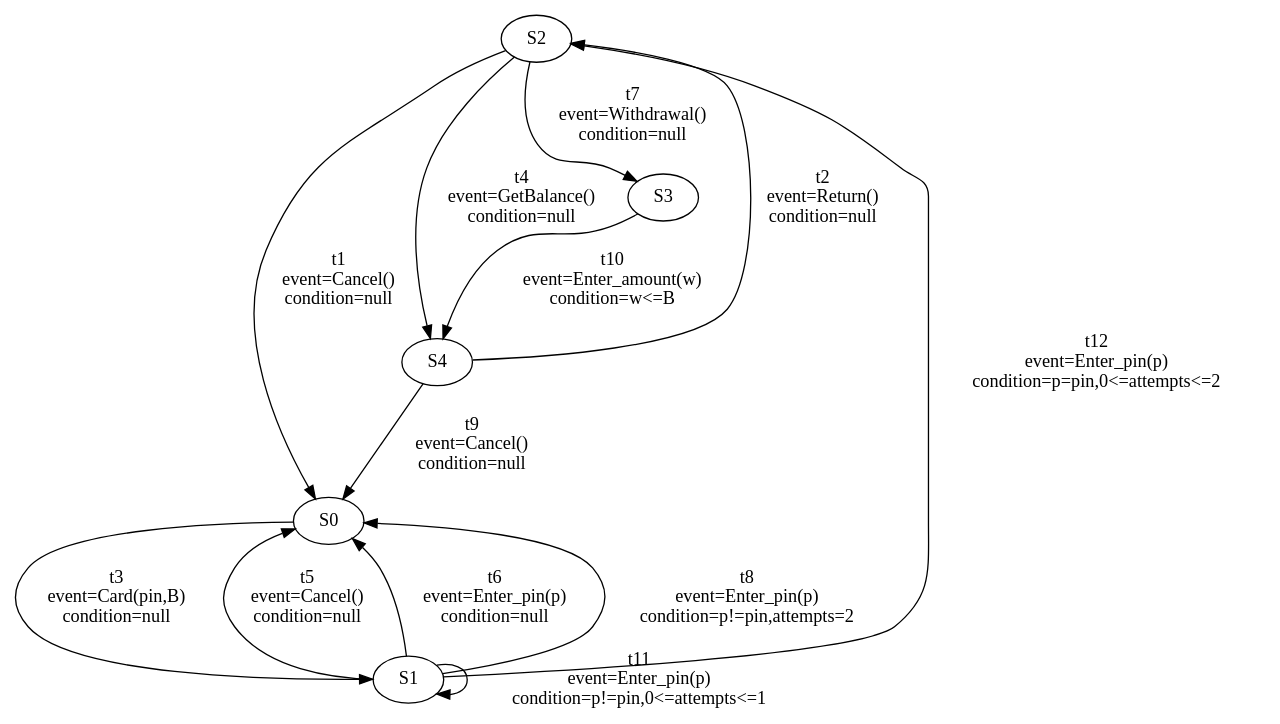
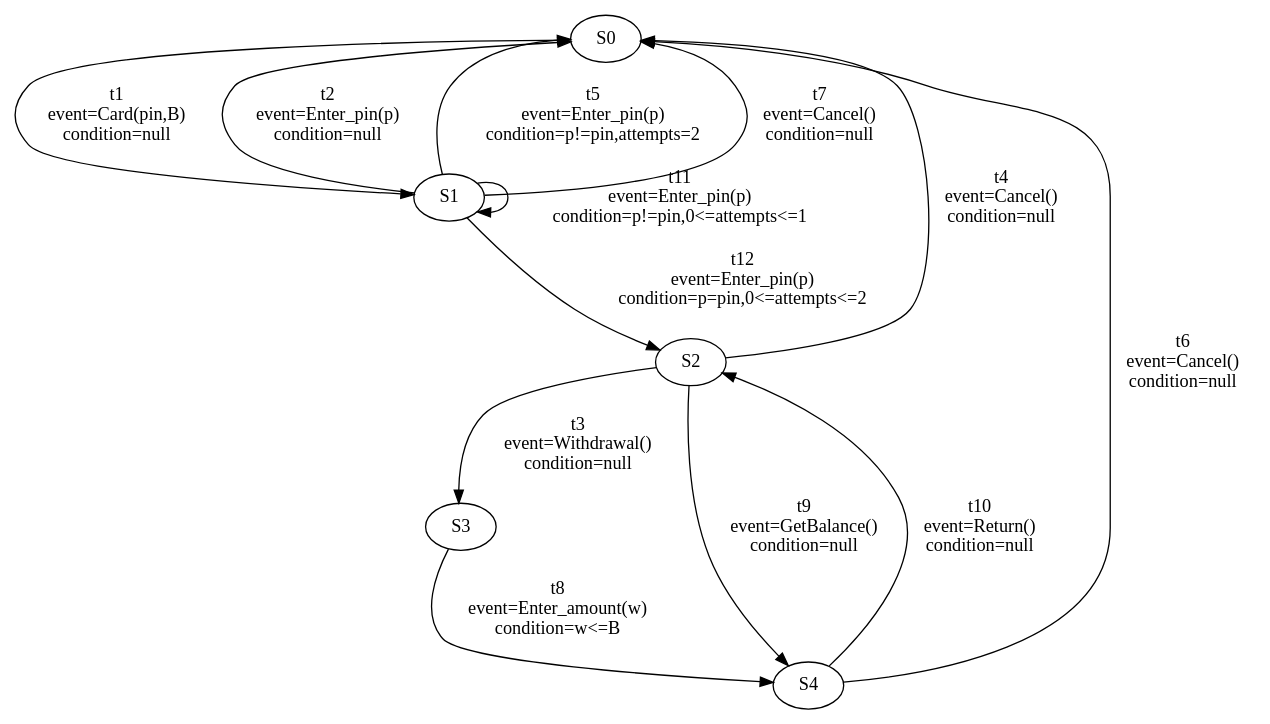
One commit to Catxiaobai/project changed the diagram in file/result1.dot. Above: the diagram before and after it, drawn with Graphviz. The commit also changed 47 other files, not shown here.

```diff
--- a/file/result1.dot
+++ b/file/result1.dot
@@ -1,38 +1,38 @@
 digraph g {
- S2 -> S0 [ label="t1
+ S0 -> S1 [ label="t1
+event=Card(pin,B)
+condition=null" ];
+ S1 -> S0 [ label="t2
+event=Enter_pin(p)
+condition=null" ];
+ S2 -> S3 [ label="t3
+event=Withdrawal()
+condition=null" ];
+ S2 -> S0 [ label="t4
 event=Cancel()
 condition=null" ];
- S4 -> S2 [ label="t2
+ S1 -> S0 [ label="t5
+event=Enter_pin(p)
+condition=p!=pin,attempts=2" ];
+ S4 -> S0 [ label="t6
+event=Cancel()
+condition=null" ];
+ S1 -> S0 [ label="t7
+event=Cancel()
+condition=null" ];
+ S3 -> S4 [ label="t8
+event=Enter_amount(w)
+condition=w<=B" ];
+ S2 -> S4 [ label="t9
+event=GetBalance()
+condition=null" ];
+ S4 -> S2 [ label="t10
 event=Return()
 condition=null" ];
- S0 -> S1 [ label="t3
-event=Card(pin,B)
-condition=null" ];
- S2 -> S4 [ label="t4
-event=GetBalance()
-condition=null" ];
- S1 -> S0 [ label="t5
-event=Cancel()
-condition=null" ];
- S1 -> S0 [ label="t6
-event=Enter_pin(p)
-condition=null" ];
- S2 -> S3 [ label="t7
-event=Withdrawal()
-condition=null" ];
- S1 -> S0 [ label="t8
-event=Enter_pin(p)
-condition=p!=pin,attempts=2" ];
- S4 -> S0 [ label="t9
-event=Cancel()
-condition=null" ];
- S3 -> S4 [ label="t10
-event=Enter_amount(w)
-condition=w<=B" ];
  S1 -> S1 [ label="t11
 event=Enter_pin(p)
 condition=p!=pin,0<=attempts<=1" ];
  S1 -> S2 [ label="t12
 event=Enter_pin(p)
 condition=p=pin,0<=attempts<=2" ];
 }
```
